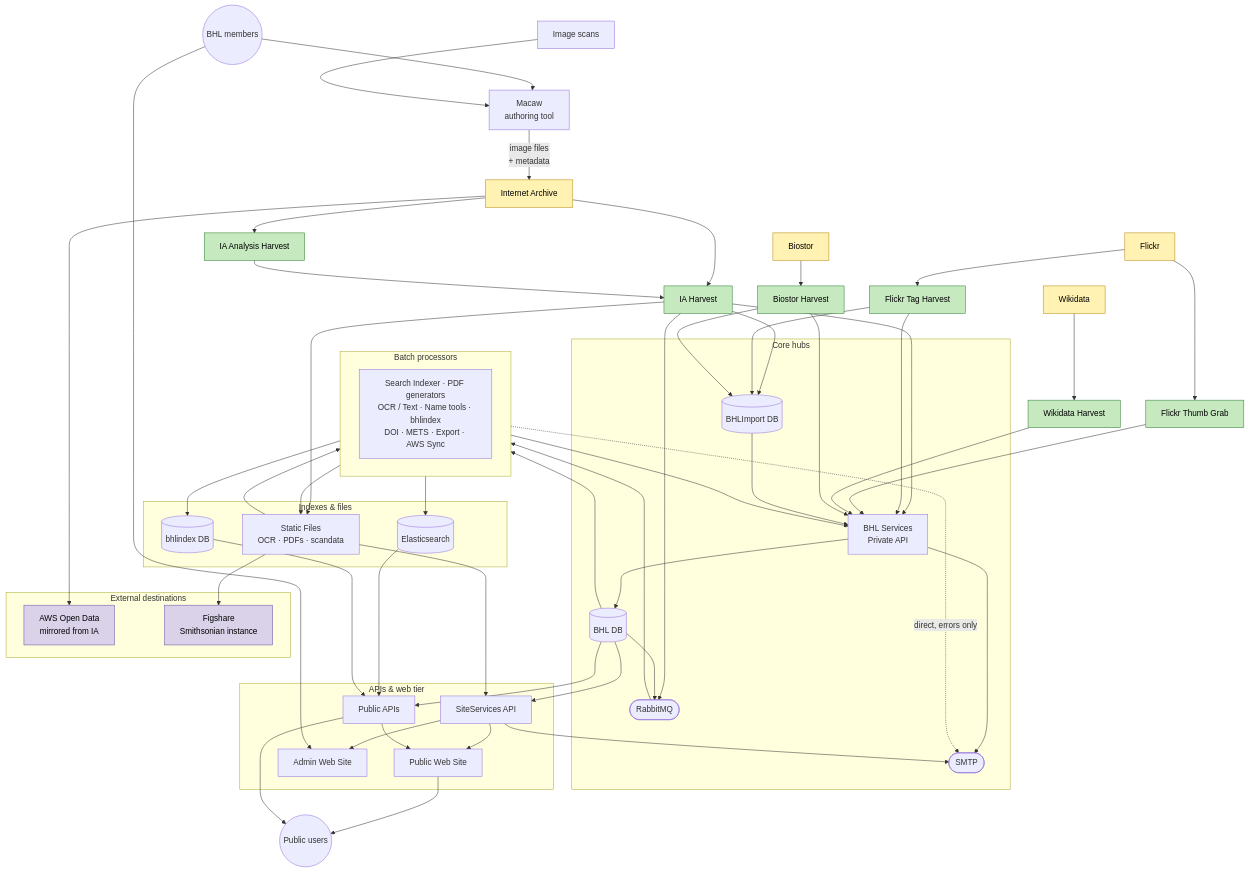
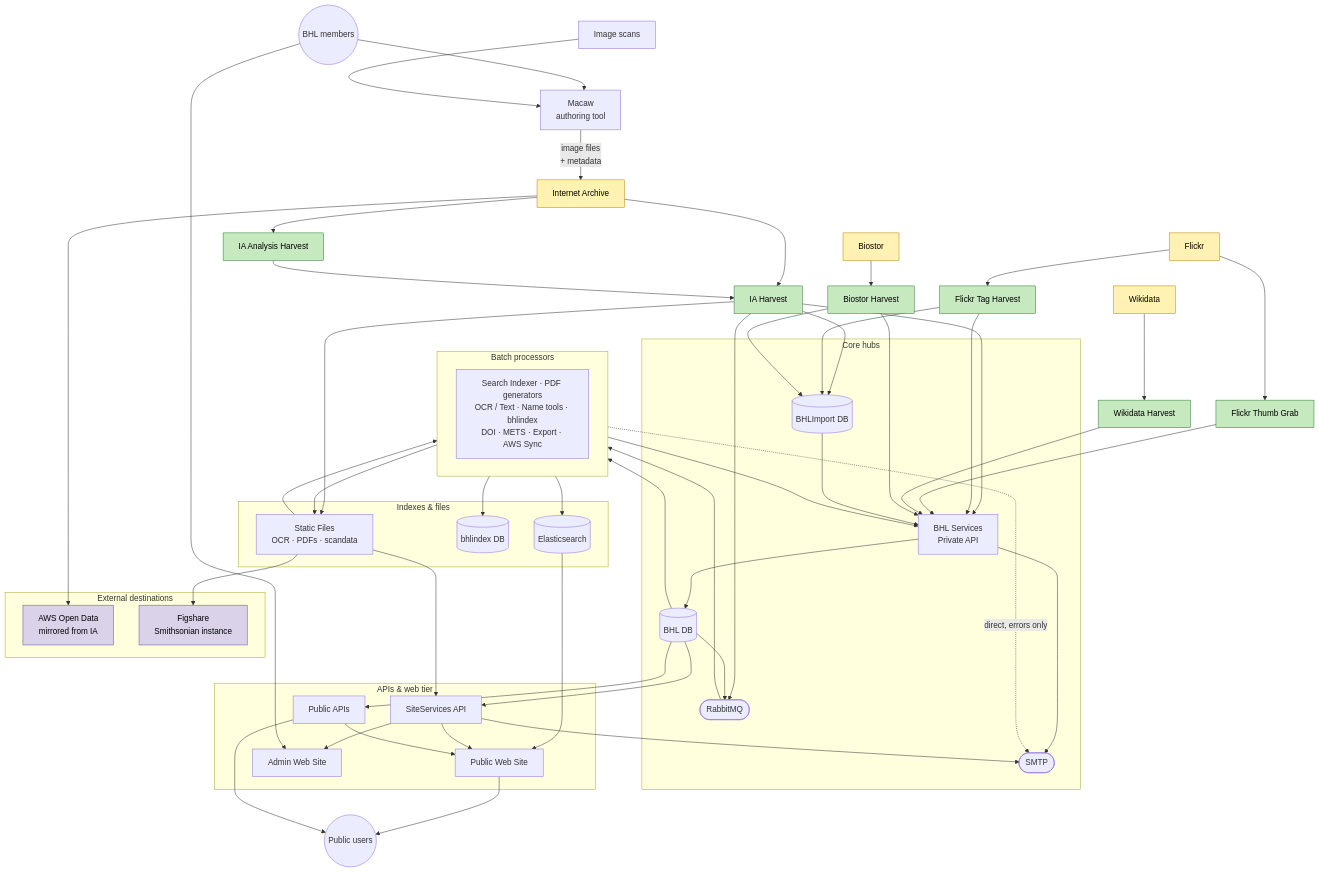
The diagram in diagrams/overview.md (rdmpage/bhl-data-flows), drawn with Mermaid before and after one commit. The commit also changed other lines of this file and 3 other files, not shown here.

```diff
--- a/diagrams/overview.md
+++ b/diagrams/overview.md
@@ -95,8 +95,7 @@
     BHLDB --> SiteSvc
     BHLDB --> PubAPI
     Files --> SiteSvc
-    ES --> PubAPI
-    BhlIndexDB --> PubAPI
+    ES --> PubWeb
     SiteSvc --> PubWeb
     SiteSvc --> AdminWeb
     PubAPI --> PubWeb
```
